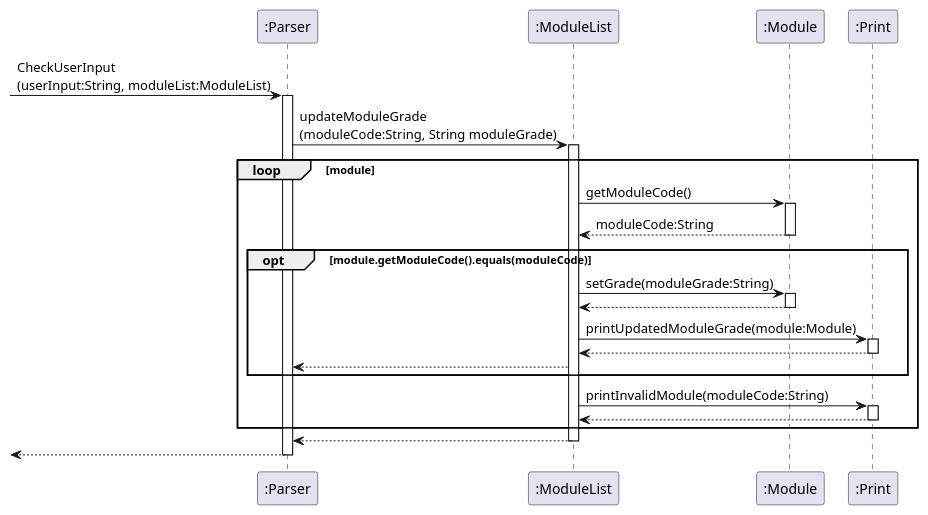
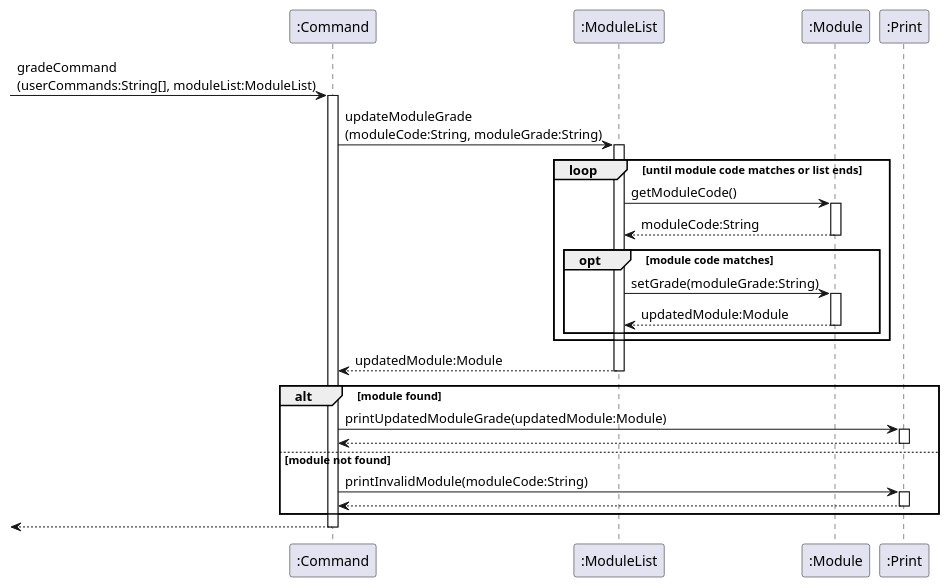
The diagram in docs/diagrams/GradeCommand.puml (saintzaw/tp), drawn with PlantUML before and after one commit.

Commit message:
Updated puml for Grade Command

```diff
--- a/docs/diagrams/GradeCommand.puml
+++ b/docs/diagrams/GradeCommand.puml
@@ -1,39 +1,43 @@
 @startuml
 
-participant ":Parser" as Parser
+participant ":Command" as Command
 participant ":ModuleList" as ML
 participant ":Module" as Mod
 participant ":Print" as Print
-[->Parser : CheckUserInput\n(userInput:String, moduleList:ModuleList)
-activate Parser
-Parser->ML : updateModuleGrade\n(moduleCode:String, String moduleGrade)
+
+[->Command : gradeCommand\n(userCommands:String[], moduleList:ModuleList)
+activate Command
+Command->ML : updateModuleGrade\n(moduleCode:String, moduleGrade:String)
+
 activate ML
-loop module
+loop until module code matches or list ends
     ML -> Mod : getModuleCode()
     activate Mod
     Mod --> ML : moduleCode:String
     deactivate Mod
-    opt module.getModuleCode().equals(moduleCode)
-        ML -> Mod : setGrade(moduleGrade:String)
-        activate Mod
-        Mod --> ML
-        deactivate Mod
-        ML -> Print : printUpdatedModuleGrade(module:Module)
-        activate Print
-        Print --> ML
-        deactivate Print
-        ML --> Parser
+    opt module code matches
+    ML -> Mod : setGrade(moduleGrade:String)
+    activate Mod
+    Mod --> ML : updatedModule:Module
+    deactivate Mod
     end
+end
+ML --> Command : updatedModule:Module
+deactivate ML
 
-        ML -> Print : printInvalidModule(moduleCode:String)
-        activate Print
-        Print --> ML
-        deactivate Print
+alt module found
+    Command -> Print : printUpdatedModuleGrade(updatedModule:Module)
+    activate Print
+    Print --> Command
+    deactivate Print
+else module not found
+    Command -> Print : printInvalidModule(moduleCode:String)
+    activate Print
+    Print --> Command
+    deactivate Print
+end
 
-end
-ML --> Parser
-deactivate ML
-Parser-->[
-deactivate Parser
+Command-->[
+deactivate Command
 
 @enduml
```
